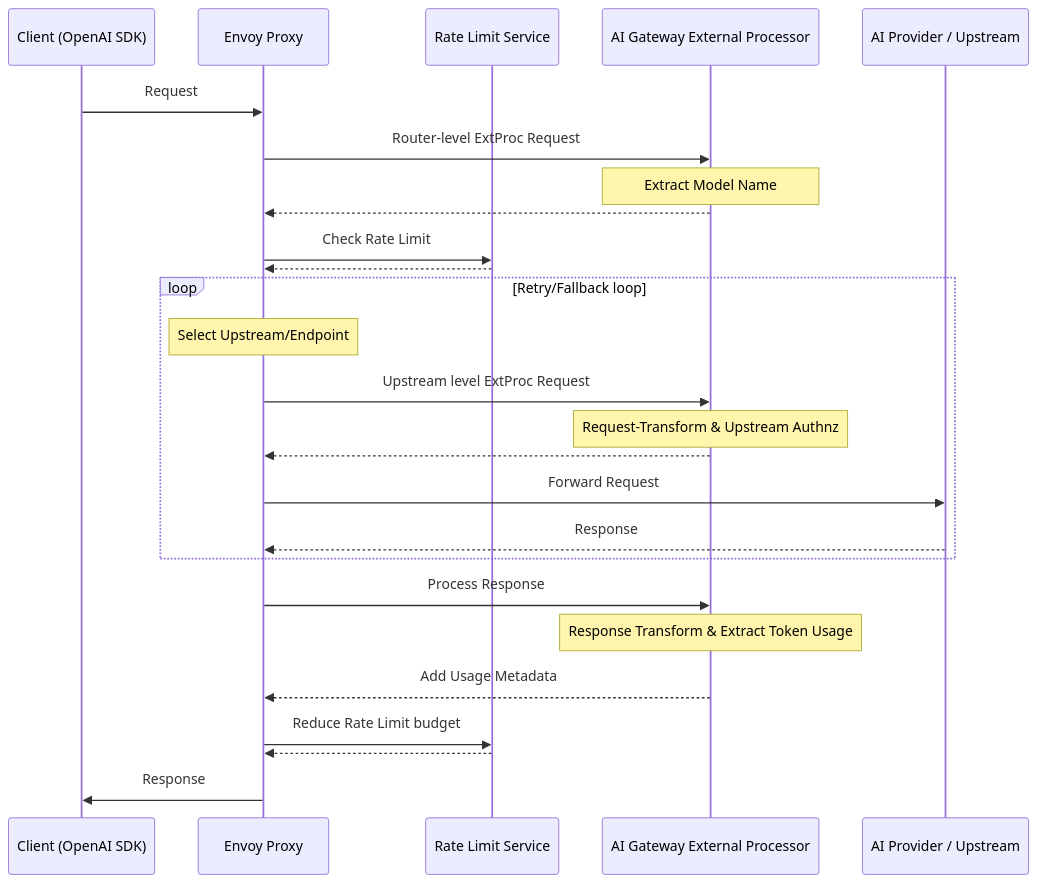
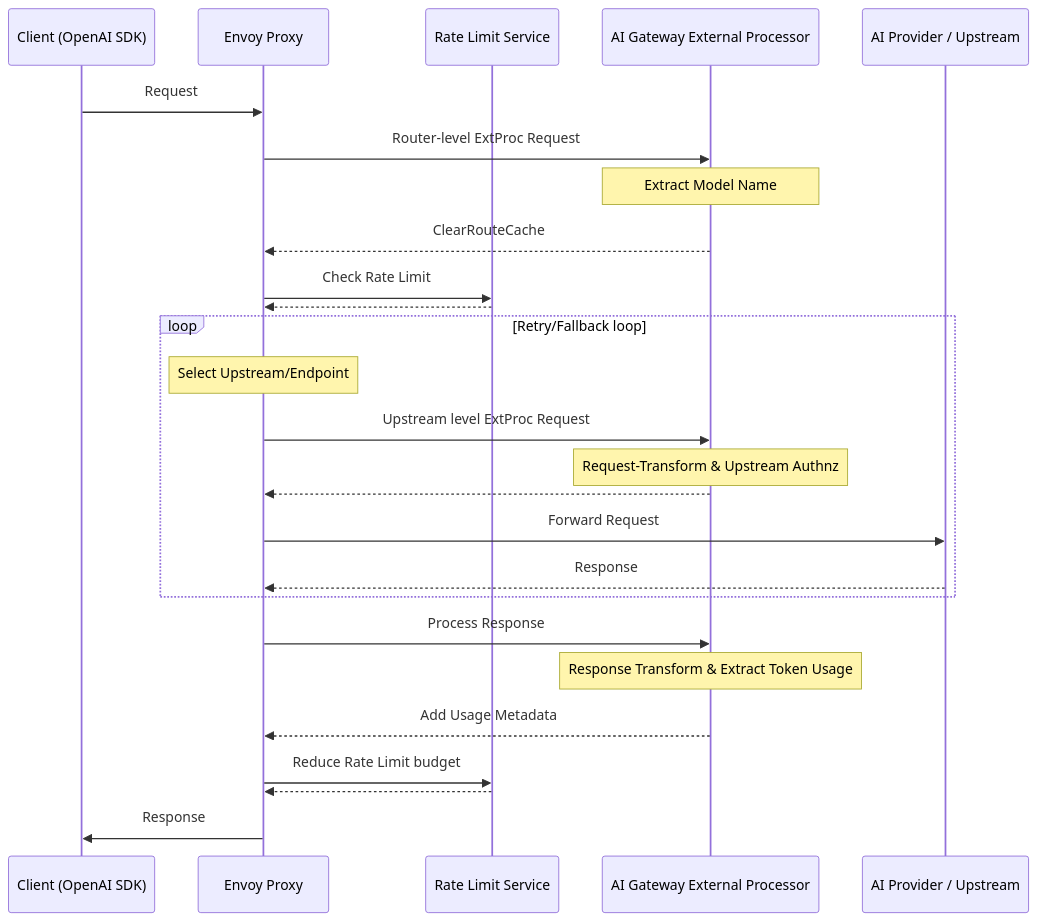
The diagram in site/docs/concepts/architecture/data-plane.md (yduwcui/ai-gateway), drawn with Mermaid before and after one commit.

Commit message:
docs: add clearroutecache to dataplane flow (#894)
**Description**

This PR adds clearroutecache to dataplane flow. clearroutecache is an
important functionality that envoy ai gw relies on.

````diff
--- a/site/docs/concepts/architecture/data-plane.md
+++ b/site/docs/concepts/architecture/data-plane.md
@@ -48,29 +48,29 @@
 ```mermaid
 sequenceDiagram
     participant Client as Client (OpenAI SDK)
     participant Envoy as Envoy Proxy
     participant RLS as Rate Limit Service
     participant Processor as AI Gateway External Processor
     participant Provider as AI Provider / Upstream
 
     Client->>Envoy: Request
     Envoy->>Processor: Router-level ExtProc Request
     Note over Processor: Extract Model Name
-    Processor-->>Envoy: ;
+    Processor-->>Envoy: ClearRouteCache;
     Envoy->>RLS: Check Rate Limit
     RLS-->>Envoy: ;
     loop Retry/Fallback loop
         Note over Envoy: Select Upstream/Endpoint
         Envoy->>Processor: Upstream level ExtProc Request
         Note over Processor: Request-Transform & Upstream Authnz
         Processor-->>Envoy: ;
         Envoy->>Provider: Forward Request
         Provider-->>Envoy: Response
     end
     Envoy->>Processor: Process Response
     Note over Processor: Response Transform & Extract Token Usage
     Processor-->>Envoy: Add Usage Metadata
     Envoy->>RLS: Reduce Rate Limit budget
     RLS-->>Envoy: ;
     Envoy->>Client: Response
 ```
````
